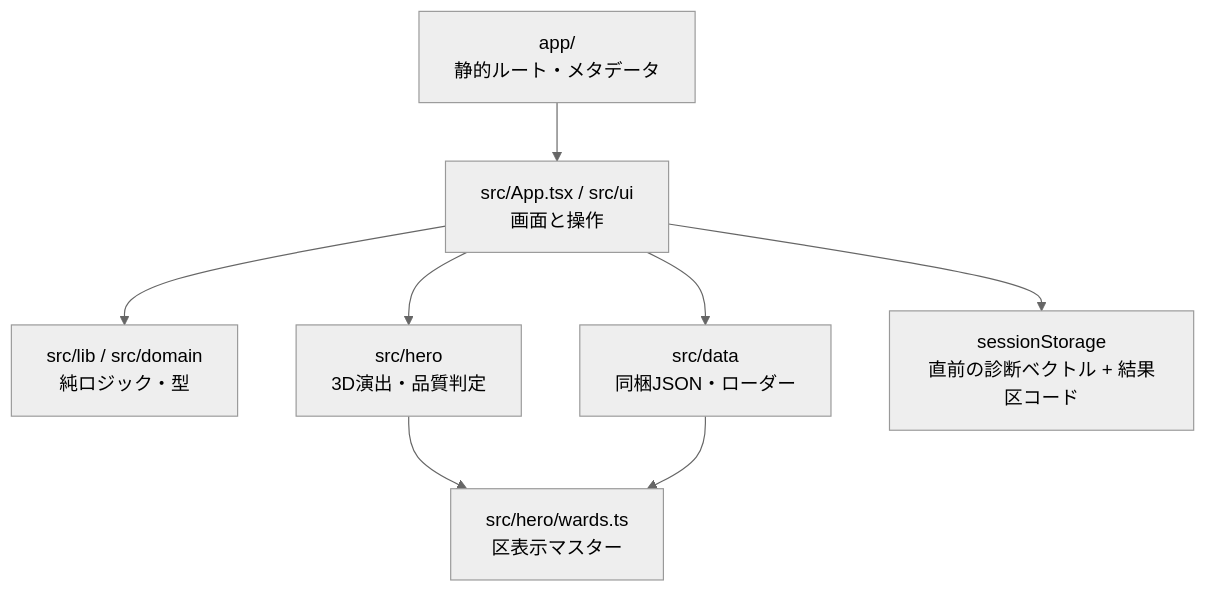
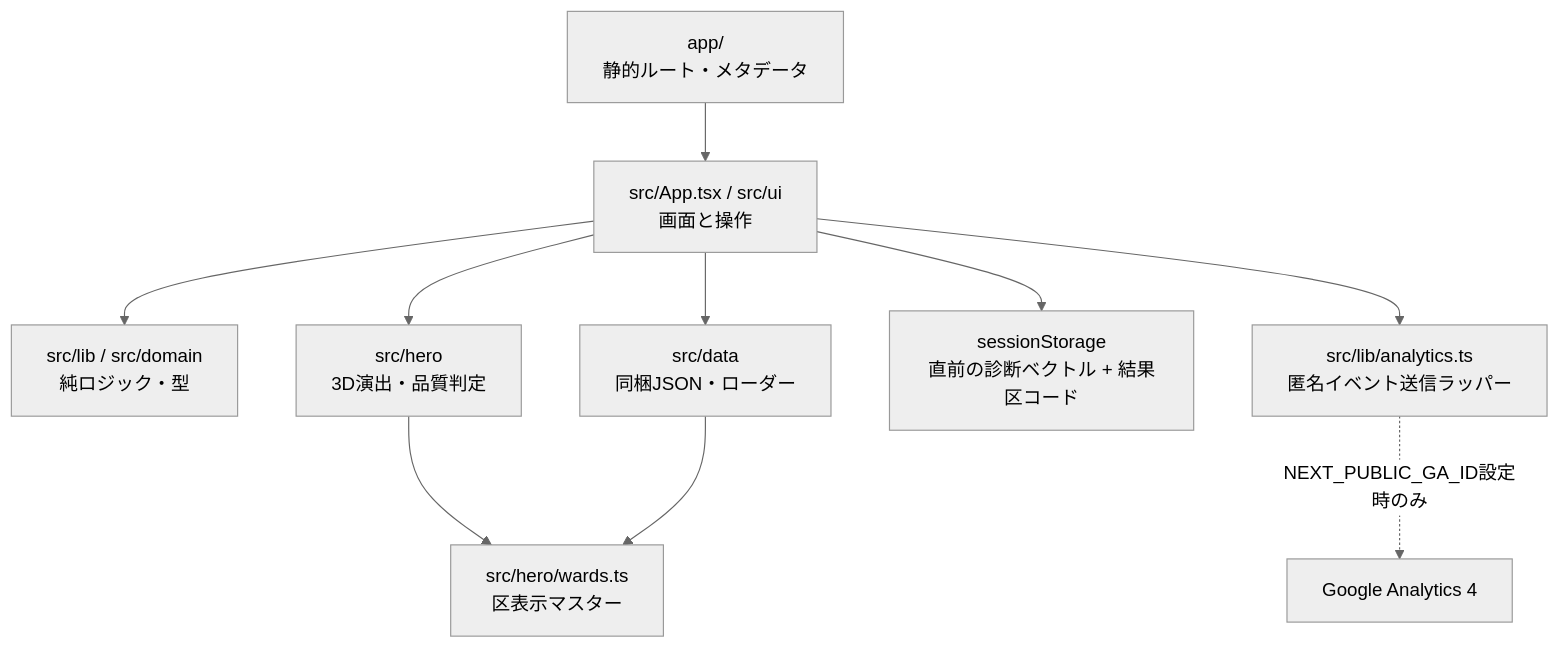
Before and after one commit to FukaseDaichi/TokyoOpenDataHackathon: the second of 2 diagrams in docs/system-design/01-system-overview.md, drawn with Mermaid (neutral theme). The commit also changed other lines of this file, not shown here.

First line of the commit message:
docs: システム構成にGA4を明示（アーキ図・技術構成表）

````diff
--- a/docs/system-design/01-system-overview.md
+++ b/docs/system-design/01-system-overview.md
@@ -42,10 +43,12 @@
 ```mermaid
 flowchart TD
   Routes["app/\n静的ルート・メタデータ"] --> AppUI["src/App.tsx / src/ui\n画面と操作"]
   AppUI --> Domain["src/lib / src/domain\n純ロジック・型"]
   AppUI --> Hero["src/hero\n3D演出・品質判定"]
   AppUI --> Data["src/data\n同梱JSON・ローダー"]
   Hero --> WardMaster["src/hero/wards.ts\n区表示マスター"]
   Data --> WardMaster
   AppUI --> Session["sessionStorage\n直前の診断ベクトル + 結果区コード"]
+  AppUI --> Analytics["src/lib/analytics.ts\n匿名イベント送信ラッパー"]
+  Analytics -. "NEXT_PUBLIC_GA_ID設定時のみ" .-> GA4["Google Analytics 4"]
 ```
````
